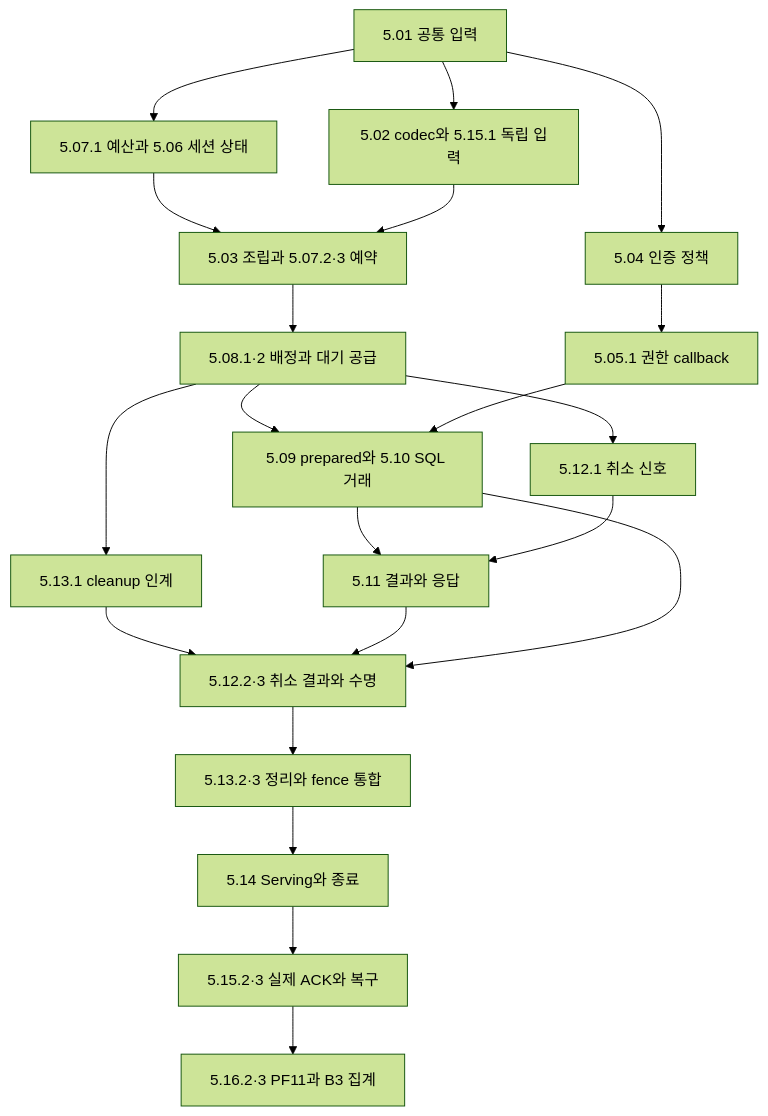
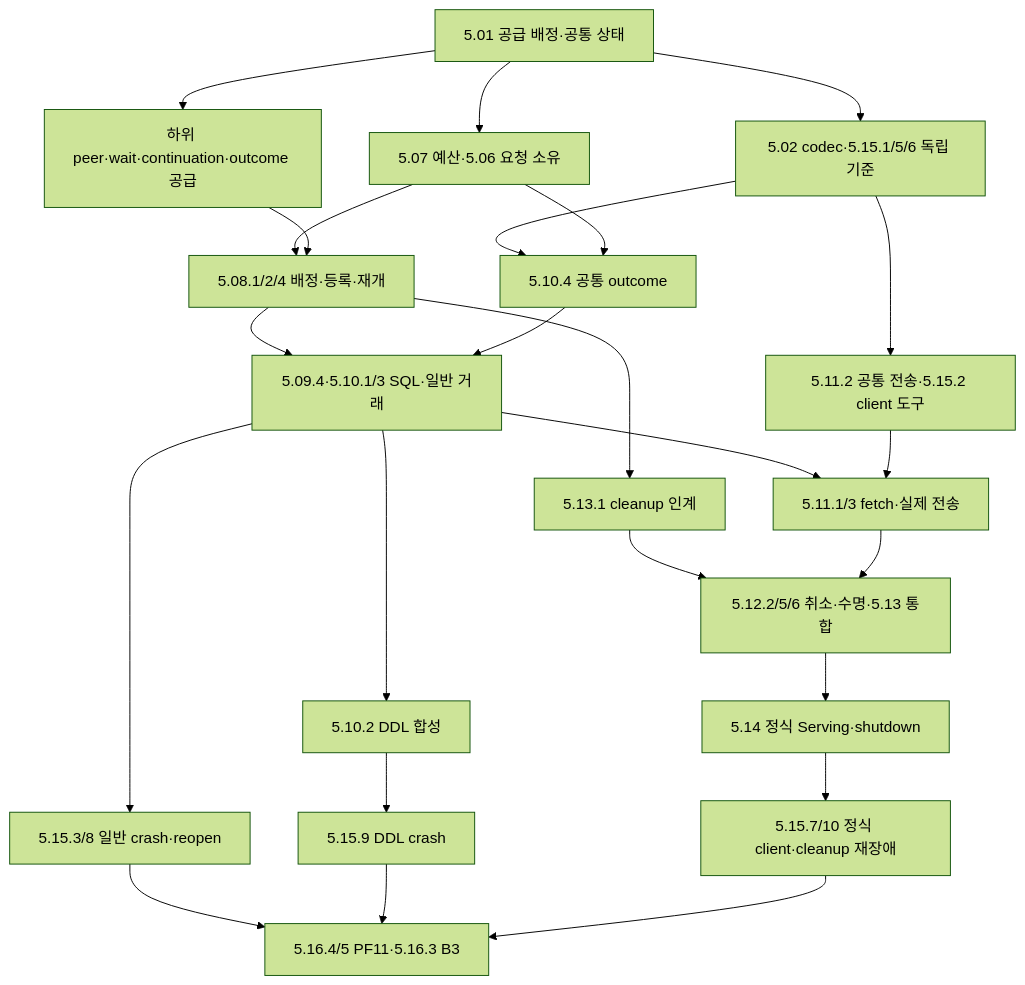
The diagram in devdoc/plans/dev5-work-breakdown.md (et16kr/xadb), drawn with Mermaid (forest theme) before and after one commit. The commit also changed other lines of this file and 13 other files, not shown here.

````diff
--- a/devdoc/plans/dev5-work-breakdown.md
+++ b/devdoc/plans/dev5-work-breakdown.md
@@ -197,23 +233,26 @@
 ```mermaid
 flowchart TD
-  A[5.01 공통 입력] --> B[5.02 codec와 5.15.1 독립 입력]
-  A --> R[5.07.1 예산과 5.06 세션 상태]
-  A --> H[5.04 인증 정책]
-  R --> F[5.03 조립과 5.07.2·3 예약]
-  B --> F
-  H --> P[5.05.1 권한 callback]
-  F --> W[5.08.1·2 배정과 대기 공급]
+  A[5.01 공급 배정·공통 상태] --> B[5.02 codec·5.15.1/5/6 독립 기준]
+  A --> R[5.07 예산·5.06 요청 소유]
+  A --> S[하위 peer·wait·continuation·outcome 공급]
+  R --> W[5.08.1/2/4 배정·등록·재개]
+  S --> W
+  B --> O[5.10.4 공통 outcome]
+  R --> O
+  B --> P[5.11.2 공통 전송·5.15.2 client 도구]
+  W --> Q[5.09.4·5.10.1/3 SQL·일반 거래]
+  O --> Q
   W --> C[5.13.1 cleanup 인계]
-  W --> Q[5.09 prepared와 5.10 SQL 거래]
-  P --> Q
-  Q --> O[5.11 결과와 응답]
-  W --> S[5.12.1 취소 신호]
-  S --> O
-  C --> T[5.12.2·3 취소 결과와 수명]
-  O --> T
-  Q --> T
-  T --> E[5.13.2·3 정리와 fence 통합]
-  E --> L[5.14 Serving와 종료]
-  L --> V[5.15.2·3 실제 ACK와 복구]
-  V --> Z[5.16.2·3 PF11과 B3 집계]
+  Q --> D[5.10.2 DDL 합성]
+  Q --> F[5.11.1/3 fetch·실제 전송]
+  C --> T[5.12.2/5/6 취소·수명·5.13 통합]
+  F --> T
+  P --> F
+  Q --> V[5.15.3/8 일반 crash·reopen]
+  D --> V2[5.15.9 DDL crash]
+  T --> L[5.14 정식 Serving·shutdown]
+  L --> V3[5.15.7/10 정식 client·cleanup 재장애]
+  V --> Z[5.16.4/5 PF11·5.16.3 B3]
+  V2 --> Z
+  V3 --> Z
 ```
````
